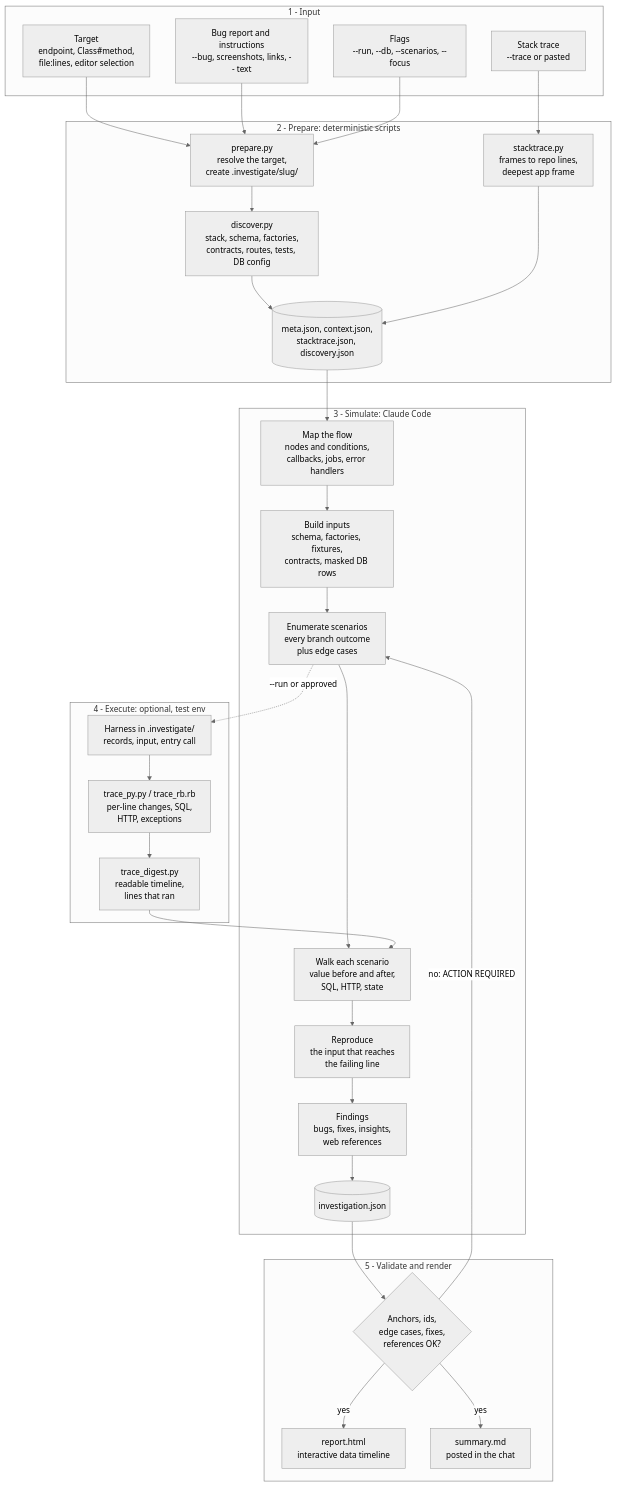
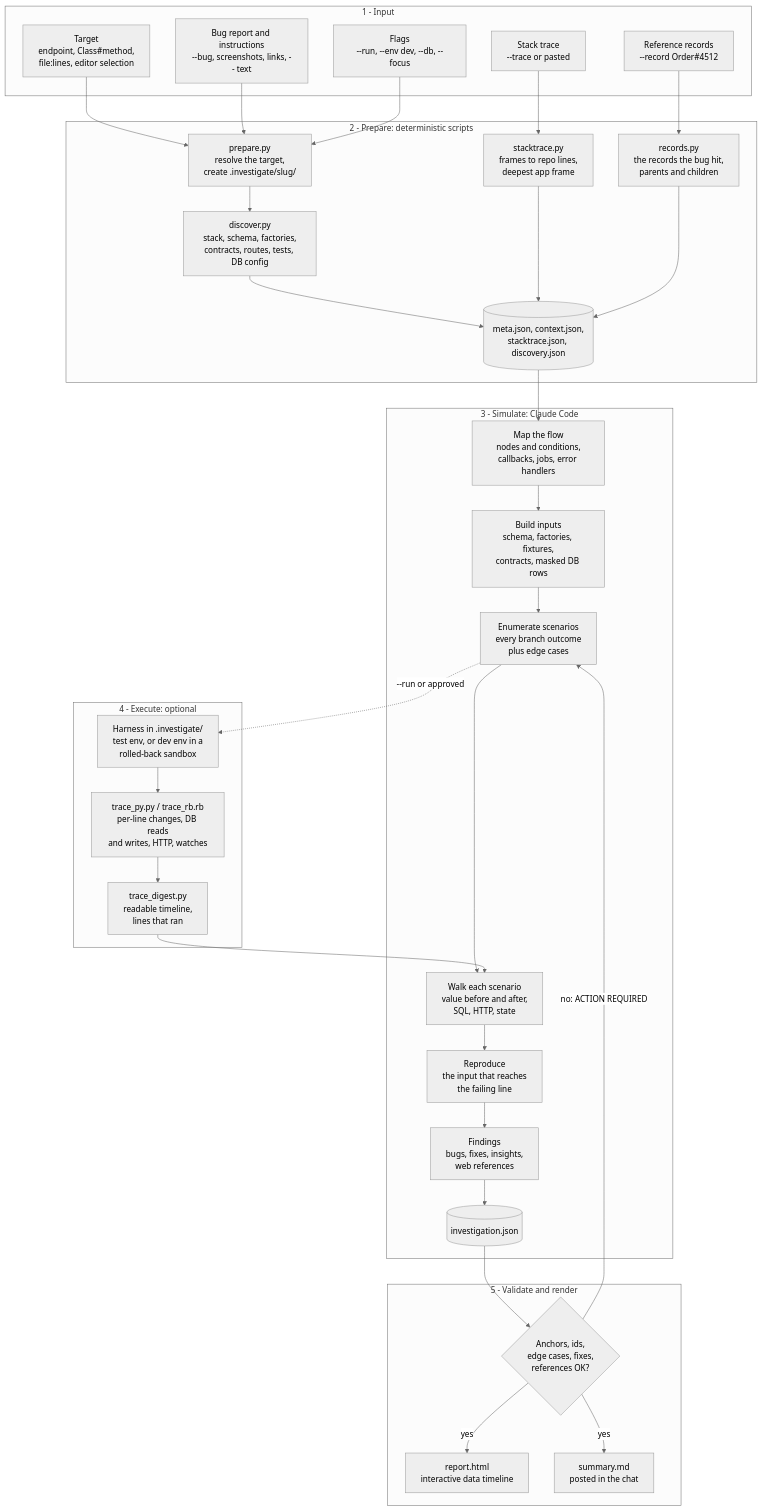
One commit to rewin0087/claude-code-investigate changed the first of 2 diagrams in README.md. Above: the diagram before and after it, drawn with Mermaid (neutral theme). The commit also changed other lines of this file and 20 other files, not shown here.

First line of the commit message:
v1.1.0: run on development data in a rolled-back sandbox, replay referenced records

````diff
--- a/README.md
+++ b/README.md
@@ -119,49 +170,52 @@
 ```mermaid
 flowchart TD
     subgraph IN["1 - Input"]
         A1["Target<br/>endpoint, Class#method,<br/>file:lines, editor selection"]
         A2["Stack trace<br/>--trace or pasted"]
         A3["Bug report and instructions<br/>--bug, screenshots, links, -- text"]
-        A4["Flags<br/>--run, --db, --scenarios, --focus"]
+        A4["Flags<br/>--run, --env dev, --db, --focus"]
+        A5["Reference records<br/>--record Order#4512"]
     end
 
     subgraph PREP["2 - Prepare: deterministic scripts"]
         B1["prepare.py<br/>resolve the target,<br/>create .investigate/slug/"]
         B2["stacktrace.py<br/>frames to repo lines,<br/>deepest app frame"]
         B3["discover.py<br/>stack, schema, factories,<br/>contracts, routes, tests, DB config"]
+        B5["records.py<br/>the records the bug hit,<br/>parents and children"]
         B4[("meta.json, context.json,<br/>stacktrace.json, discovery.json")]
     end
 
     subgraph AI["3 - Simulate: Claude Code"]
         C1["Map the flow<br/>nodes and conditions,<br/>callbacks, jobs, error handlers"]
         C2["Build inputs<br/>schema, factories, fixtures,<br/>contracts, masked DB rows"]
         C3["Enumerate scenarios<br/>every branch outcome<br/>plus edge cases"]
         C4["Walk each scenario<br/>value before and after,<br/>SQL, HTTP, state"]
         C5["Reproduce<br/>the input that reaches<br/>the failing line"]
         C6["Findings<br/>bugs, fixes, insights,<br/>web references"]
         C7[("investigation.json")]
     end
 
-    subgraph RUN["4 - Execute: optional, test env"]
-        D1["Harness in .investigate/<br/>records, input, entry call"]
-        D2["trace_py.py / trace_rb.rb<br/>per-line changes, SQL,<br/>HTTP, exceptions"]
+    subgraph RUN["4 - Execute: optional"]
+        D1["Harness in .investigate/<br/>test env, or dev env in a<br/>rolled-back sandbox"]
+        D2["trace_py.py / trace_rb.rb<br/>per-line changes, DB reads<br/>and writes, HTTP, watches"]
         D3["trace_digest.py<br/>readable timeline,<br/>lines that ran"]
     end
 
     subgraph RENDER["5 - Validate and render"]
         E1{"Anchors, ids,<br/>edge cases, fixes,<br/>references OK?"}
         E2["report.html<br/>interactive data timeline"]
         E3["summary.md<br/>posted in the chat"]
     end
 
     A1 & A3 & A4 --> B1
     A2 --> B2
     B1 --> B3 --> B4
     B2 --> B4
+    A5 --> B5 --> B4
     B4 --> C1 --> C2 --> C3 --> C4
     C3 -. --run or approved .-> D1 --> D2 --> D3 --> C4
     C4 --> C5 --> C6 --> C7
     C7 --> E1
     E1 -- "no: ACTION REQUIRED" --> C3
     E1 -- yes --> E2 & E3
 ```
````
